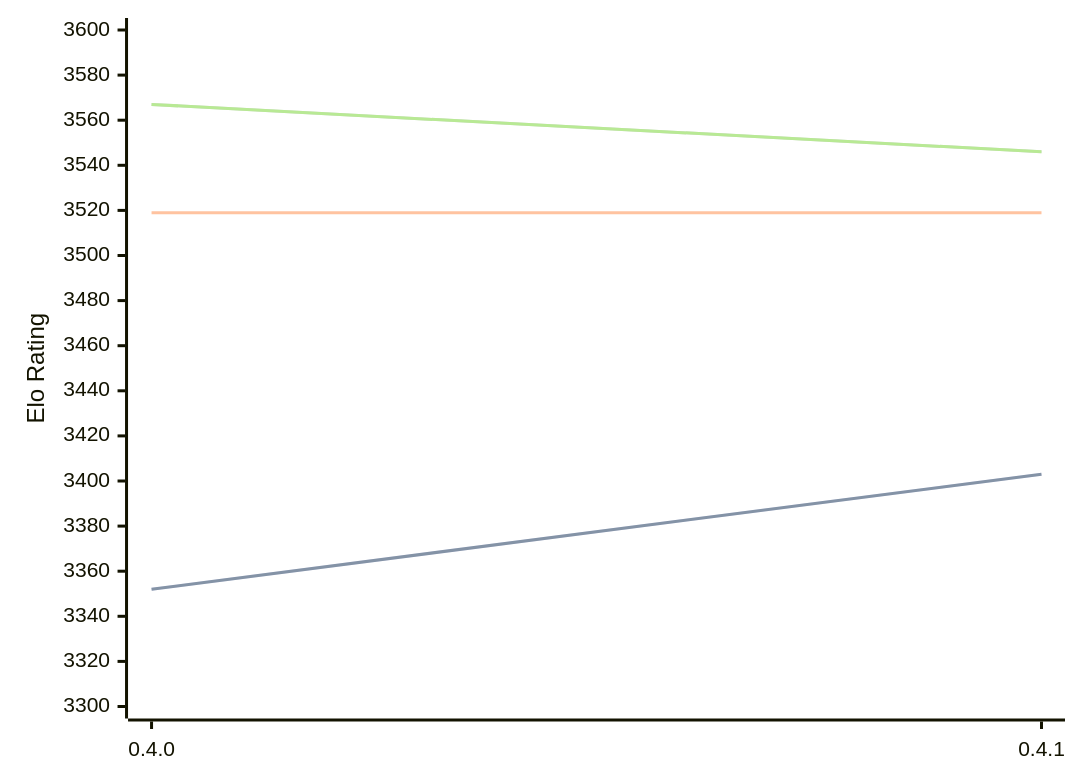
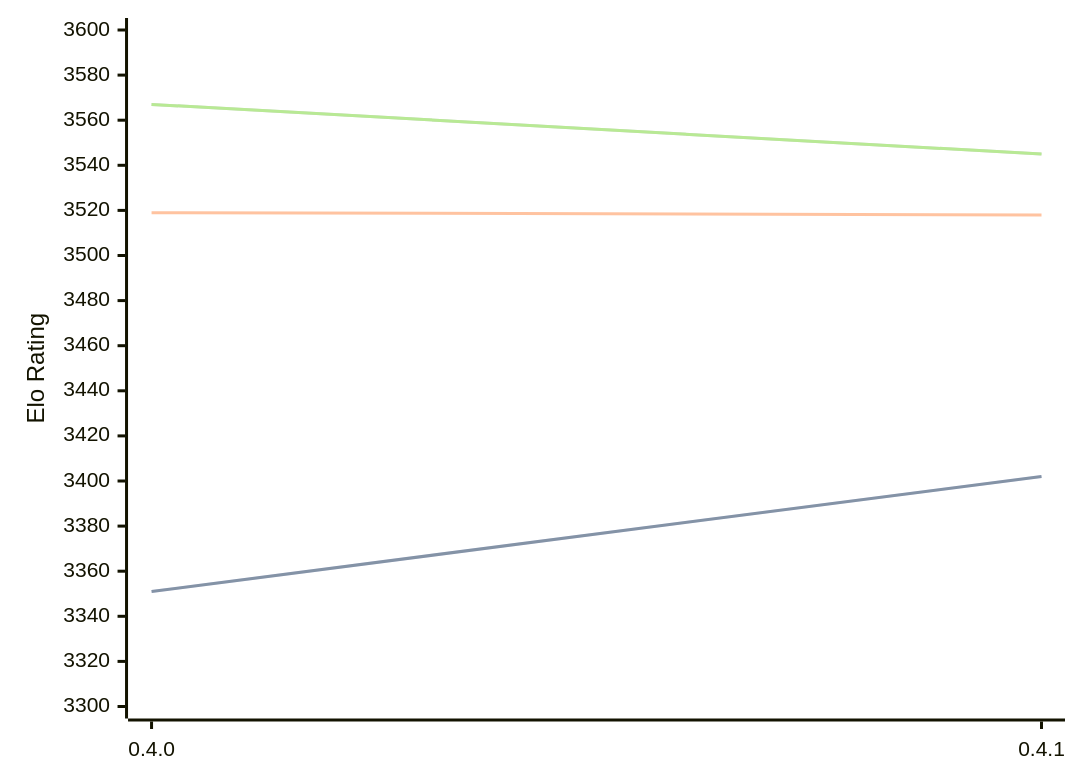
Before and after one commit to computer-chess-index/cci: the diagram in engines/Cinder.md, drawn with Mermaid. The commit also changed other lines of this file, not shown here.

Commit message:
Update CCI Ratings (ELO VLTC) - 2026-03-07

````diff
--- a/engines/Cinder.md
+++ b/engines/Cinder.md
@@ -38,11 +38,11 @@
 ```mermaid
 %%{init: {"theme":"base","themeVariables":{"seriesColors:['#a3a3a3','#222221','#faa371']}}}%%
 xychart-beta
   x-axis ["0.4.0", "0.4.1"]
   y-axis "Elo Rating" 3300 --> 3600
-  line "STC (8.0+0.08s)" [3352, 3403]
-  line "STC (8.0+0.08s)" [3352, 3403]
-  line "LTC (60.0+0.60s)" [3519, 3519]
-  line "VLTC (2m24s+1.12s)" [3567, 3546]
-  line "VLTC (2m24s+1.12s)" [3567, 3546]
+  line "STC (8.0+0.08s)" [3351, 3402]
+  line "STC (8.0+0.08s)" [3351, 3402]
+  line "LTC (60.0+0.60s)" [3519, 3518]
+  line "VLTC (2m24s+1.12s)" [3567, 3545]
+  line "VLTC (2m24s+1.12s)" [3567, 3545]
 ```
````
